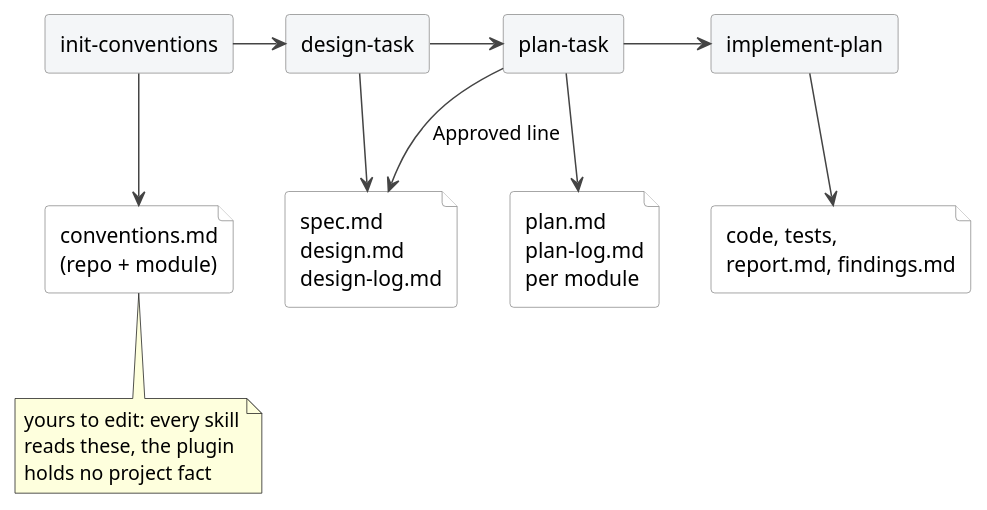
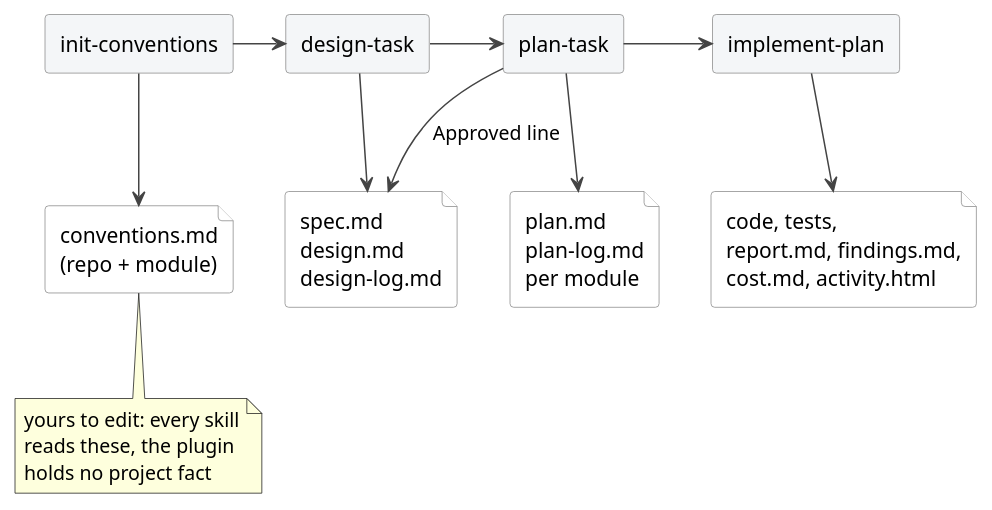
Before and after one commit to ds-usova/tdd-sdlc: the diagram in docs/diagrams/workflow.puml, drawn with PlantUML. The commit also changed 23 other files, not shown here.

```diff
--- a/docs/diagrams/workflow.puml
+++ b/docs/diagrams/workflow.puml
@@ -1,41 +1,41 @@
 @startuml workflow
 skinparam defaultFontName Helvetica
 skinparam shadowing false
 skinparam ArrowColor #444
 skinparam rectangle {
   BackgroundColor #F4F6F8
   BorderColor #888
 }
 skinparam file {
   BackgroundColor #FFFFFF
   BorderColor #888
 }
 top to bottom direction
 
 rectangle "init-conventions" as IC
 rectangle "design-task" as DT
 rectangle "plan-task" as PT
 rectangle "implement-plan" as IP
 file "conventions.md\n(repo + module)" as CV
 file "spec.md \ndesign.md\ndesign-log.md" as D
 file "plan.md\nplan-log.md\nper module" as P
-file "code, tests,\nreport.md, findings.md" as C
+file "code, tests,\nreport.md, findings.md,\ncost.md, activity.html" as C
 
 note bottom of CV
   yours to edit: every skill
   reads these, the plugin
   holds no project fact
 end note
 
 IC -> DT
 DT -> PT
 PT -> IP
 IC --> CV
 DT --> D
 PT --> P
 PT --> D : Approved line
 IP --> C
 CV -[hidden]> D
 D -[hidden]> P
 P -[hidden]> C
 @enduml
```
